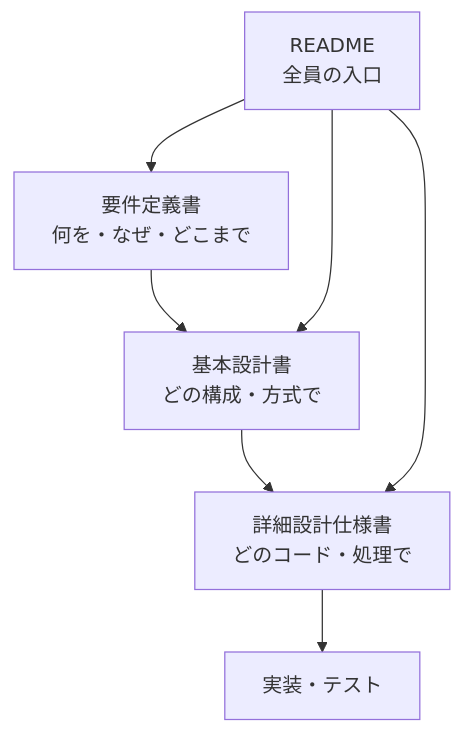
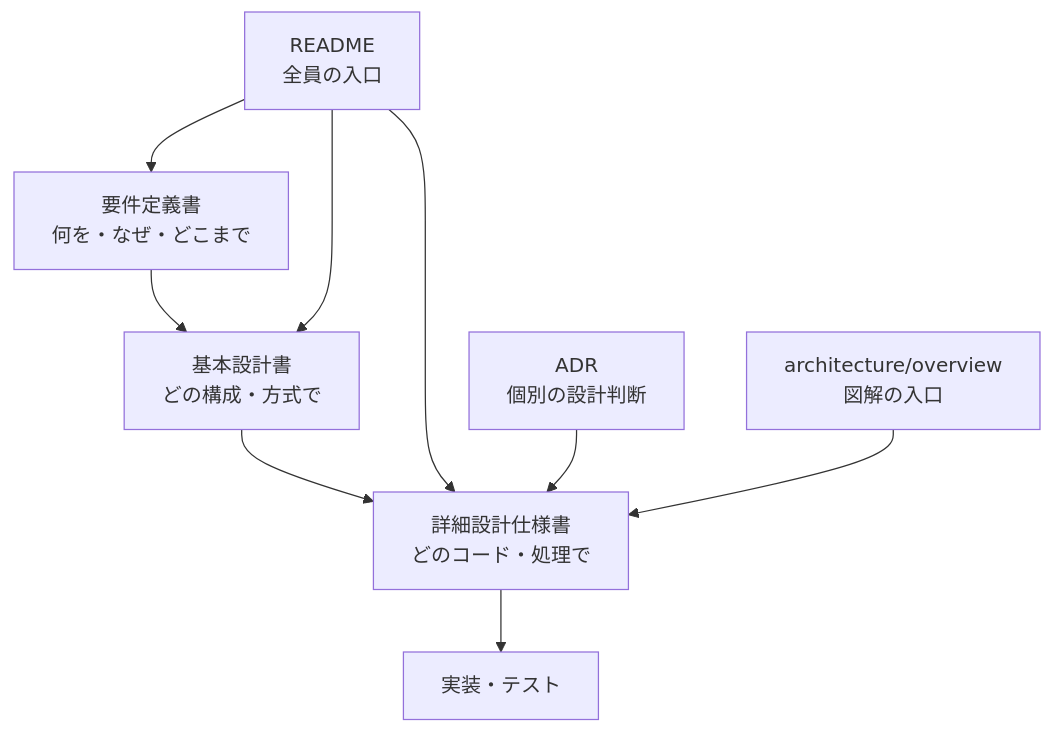
One commit to Kensan196948G/CivilDraft-Web-CAD changed diagram 19 of 19 in README.md. Above: the diagram before and after it, drawn with Mermaid. The commit also changed other lines of this file and 119 other files, not shown here.

````diff
--- a/README.md
+++ b/README.md
@@ -551,9 +757,11 @@
 ```mermaid
 flowchart TD
     R["要件定義書<br>何を・なぜ・どこまで"] --> B["基本設計書<br>どの構成・方式で"]
     B --> D["詳細設計仕様書<br>どのコード・処理で"]
     D --> C["実装・テスト"]
     M["README<br>全員の入口"] --> R
     M --> B
     M --> D
+    A["ADR<br>個別の設計判断"] --> D
+    O["architecture/overview<br>図解の入口"] --> D
 ```
````
